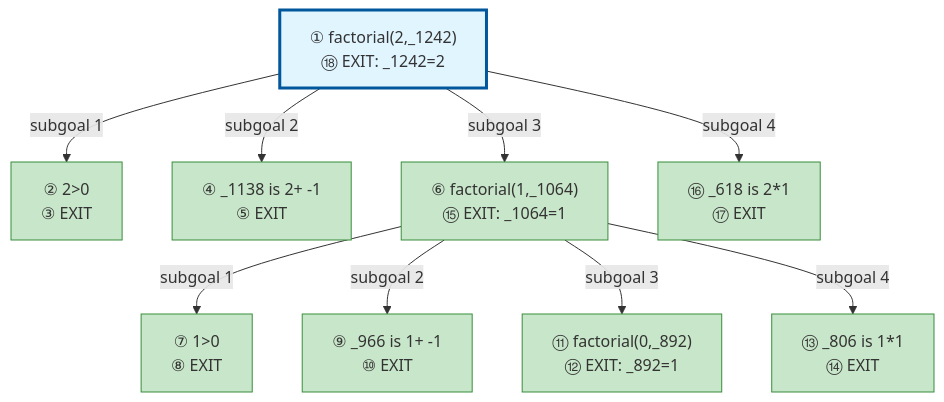
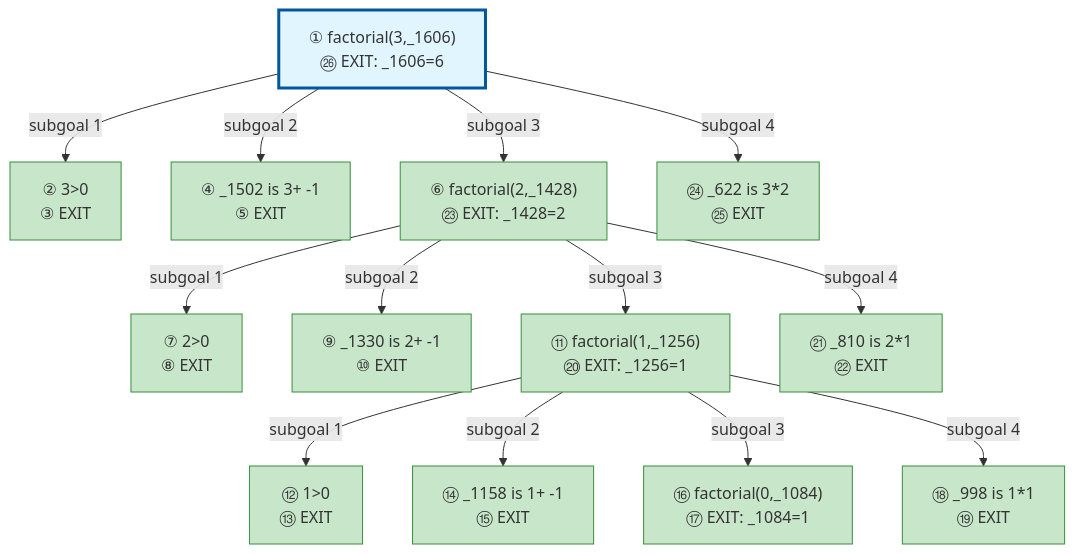
One commit to jarecsni/prolog-trace-viz changed the diagram in examples/factorial-output.md. Above: the diagram before and after it, drawn with Mermaid. The commit also changed other lines of this file and 13 other files, not shown here.

````diff
--- a/examples/factorial-output.md
+++ b/examples/factorial-output.md
@@ -122,35 +165,47 @@
 ```mermaid
 graph TD
 
 %% Nodes
-A["① factorial(2,_1242)<br/>⑱ EXIT: _1242=2"]
-B["② 2>0<br/>③ EXIT"]
-C["④ _1138 is 2+ -1<br/>⑤ EXIT"]
-D["⑥ factorial(1,_1064)<br/>⑮ EXIT: _1064=1"]
-E["⑦ 1>0<br/>⑧ EXIT"]
-F["⑨ _966 is 1+ -1<br/>⑩ EXIT"]
-G["⑪ factorial(0,_892)<br/>⑫ EXIT: _892=1"]
-H["⑬ _806 is 1*1<br/>⑭ EXIT"]
-I["⑯ _618 is 2*1<br/>⑰ EXIT"]
+A["① factorial(3,_1606)<br/>㉖ EXIT: _1606=6"]
+B["② 3>0<br/>③ EXIT"]
+C["④ _1502 is 3+ -1<br/>⑤ EXIT"]
+D["⑥ factorial(2,_1428)<br/>㉓ EXIT: _1428=2"]
+E["⑦ 2>0<br/>⑧ EXIT"]
+F["⑨ _1330 is 2+ -1<br/>⑩ EXIT"]
+G["⑪ factorial(1,_1256)<br/>⑳ EXIT: _1256=1"]
+H["⑫ 1>0<br/>⑬ EXIT"]
+I["⑭ _1158 is 1+ -1<br/>⑮ EXIT"]
+J["⑯ factorial(0,_1084)<br/>⑰ EXIT: _1084=1"]
+K["⑱ _998 is 1*1<br/>⑲ EXIT"]
+L["㉑ _810 is 2*1<br/>㉒ EXIT"]
+M["㉔ _622 is 3*2<br/>㉕ EXIT"]
 
 %% Edges
 A -->|"subgoal 1"| B
 A -->|"subgoal 2"| C
 A -->|"subgoal 3"| D
 D -->|"subgoal 1"| E
 D -->|"subgoal 2"| F
 D -->|"subgoal 3"| G
-D -->|"subgoal 4"| H
-A -->|"subgoal 4"| I
+G -->|"subgoal 1"| H
+G -->|"subgoal 2"| I
+G -->|"subgoal 3"| J
+G -->|"subgoal 4"| K
+D -->|"subgoal 4"| L
+A -->|"subgoal 4"| M
 
 %% Styles
 style A fill:#e1f5ff,stroke:#01579b,stroke-width:3px
 style B fill:#c8e6c9,stroke:#388e3c
 style C fill:#c8e6c9,stroke:#388e3c
 style D fill:#c8e6c9,stroke:#388e3c
 style E fill:#c8e6c9,stroke:#388e3c
 style F fill:#c8e6c9,stroke:#388e3c
 style G fill:#c8e6c9,stroke:#388e3c
 style H fill:#c8e6c9,stroke:#388e3c
 style I fill:#c8e6c9,stroke:#388e3c
+style J fill:#c8e6c9,stroke:#388e3c
+style K fill:#c8e6c9,stroke:#388e3c
+style L fill:#c8e6c9,stroke:#388e3c
+style M fill:#c8e6c9,stroke:#388e3c
 ```
````
